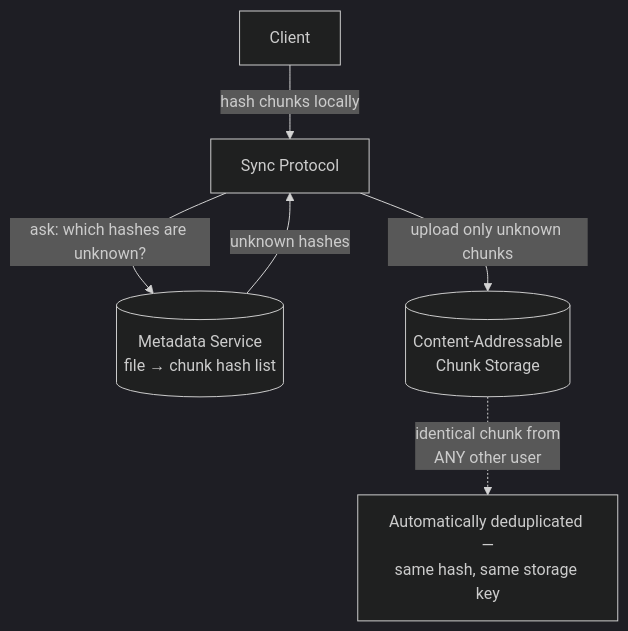
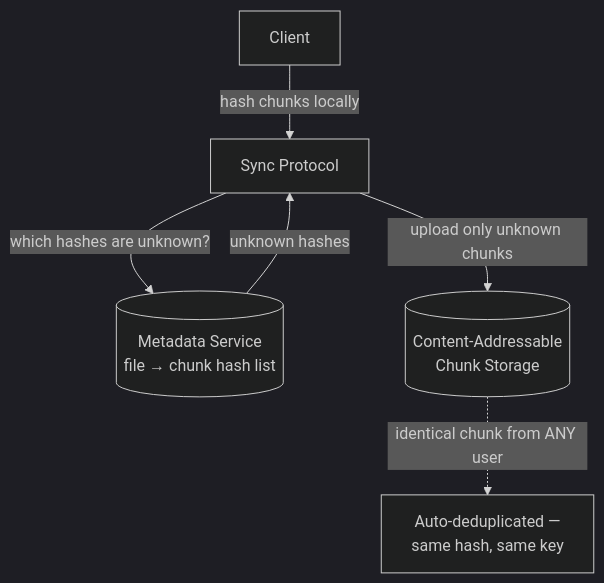
One commit to tarosh3/obsidian changed the first of 2 diagrams in System Design/HLD/08 - Design Google Drive - Dropbox/Design Google Drive - Dropbox.md. Above: the diagram before and after it, drawn with Mermaid (dark theme). The commit also changed other lines of this file and 30 other files, not shown here.

````diff
--- a/System Design/HLD/08 - Design Google Drive - Dropbox/Design Google Drive - Dropbox.md
+++ b/System Design/HLD/08 - Design Google Drive - Dropbox/Design Google Drive - Dropbox.md
@@ -53,8 +72,8 @@
 ```mermaid
 graph TD
     Client["Client"] -->|"hash chunks locally"| Sync["Sync Protocol"]
-    Sync -->|"ask: which hashes are unknown?"| Meta[("Metadata Service<br/>file → chunk hash list")]
+    Sync -->|"which hashes are unknown?"| Meta[("Metadata Service<br/>file → chunk hash list")]
     Meta -->|"unknown hashes"| Sync
     Sync -->|"upload only unknown chunks"| Storage[("Content-Addressable<br/>Chunk Storage")]
-    Storage -.->|"identical chunk from<br/>ANY other user"| Dedup["Automatically deduplicated —<br/>same hash, same storage key"]
+    Storage -.->|"identical chunk from ANY user"| Dedup["Auto-deduplicated —<br/>same hash, same key"]
 ```
````
